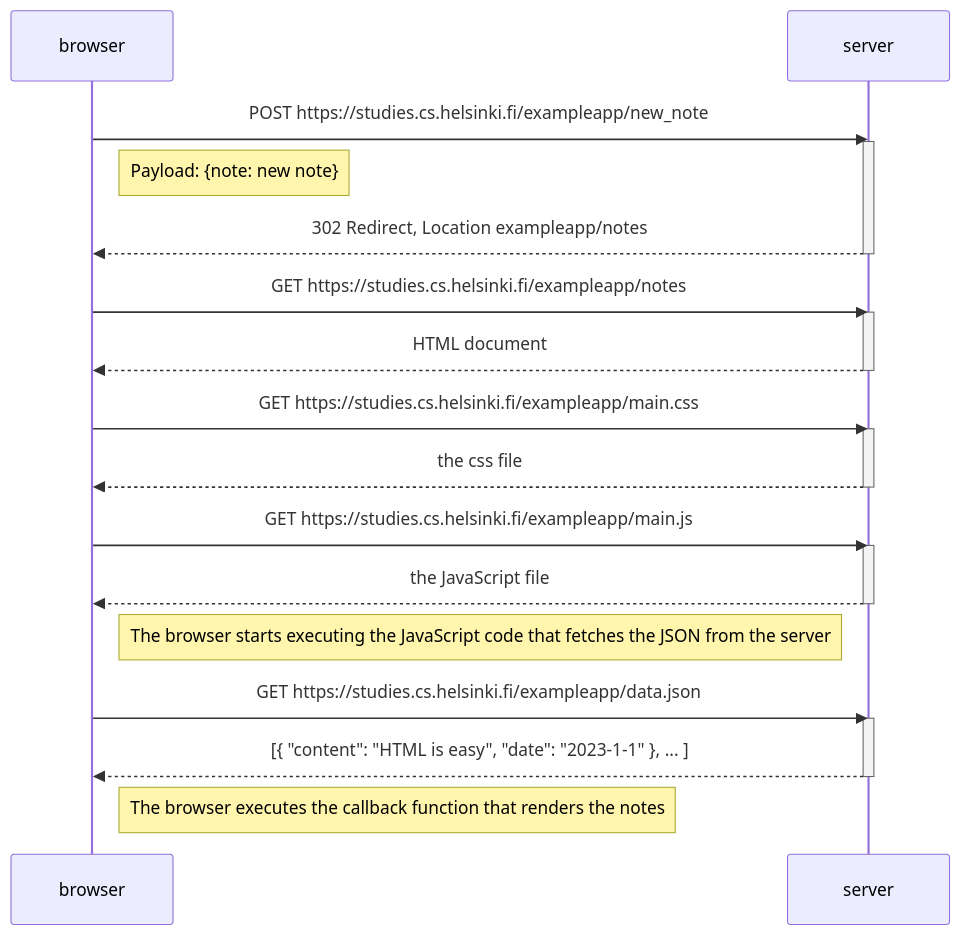
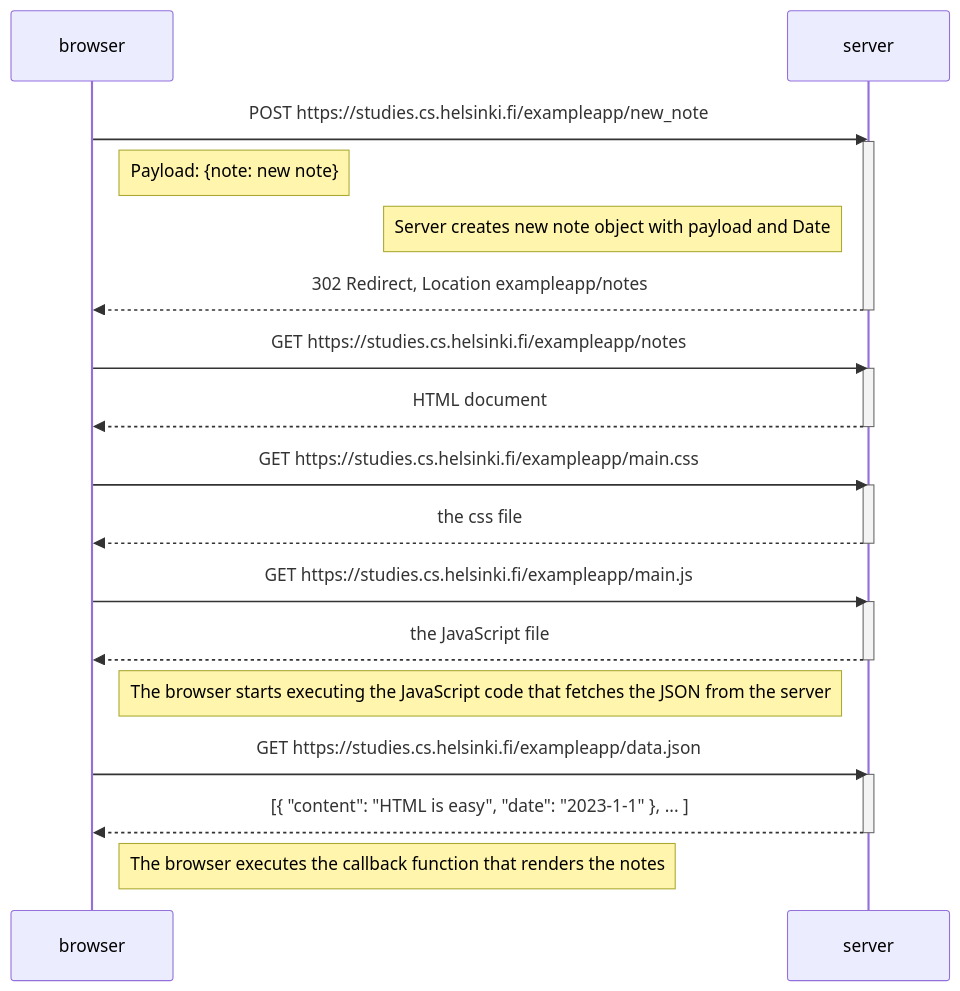
The diagram in part0/diagrams/0.4.md (occook2/fullStackOpenCourse), drawn with Mermaid before and after one commit.

Commit message:
Added server code comment

````diff
--- a/part0/diagrams/0.4.md
+++ b/part0/diagrams/0.4.md
@@ -3,35 +3,36 @@
 ```mermaid
 sequenceDiagram
     participant browser
     participant server
 
     browser->>server: POST https://studies.cs.helsinki.fi/exampleapp/new_note
     activate server
     Note right of browser: Payload: {note: new note}
+    Note left of server: Server creates new note object with payload and Date
     server-->>browser: 302 Redirect, Location exampleapp/notes
     deactivate server
 
     browser->>server: GET https://studies.cs.helsinki.fi/exampleapp/notes
     activate server
     server-->>browser: HTML document
     deactivate server
 
     browser->>server: GET https://studies.cs.helsinki.fi/exampleapp/main.css
     activate server
     server-->>browser: the css file
     deactivate server
 
     browser->>server: GET https://studies.cs.helsinki.fi/exampleapp/main.js
     activate server
     server-->>browser: the JavaScript file
     deactivate server
 
     Note right of browser: The browser starts executing the JavaScript code that fetches the JSON from the server
 
     browser->>server: GET https://studies.cs.helsinki.fi/exampleapp/data.json
     activate server
     server-->>browser: [{ "content": "HTML is easy", "date": "2023-1-1" }, ... ]
     deactivate server
 
     Note right of browser: The browser executes the callback function that renders the notes
 ```
````
